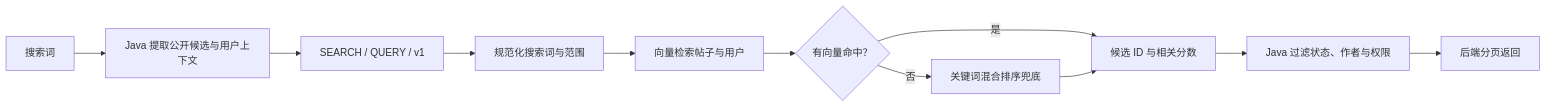
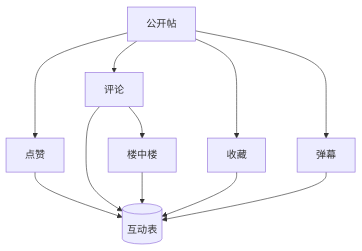
Before and after one commit to pluchon/mengmeng_forum: diagram 11 of 29 in README.md, drawn with Mermaid. The commit also changed other lines of this file and 1616 other files, not shown here.

````diff
--- a/README.md
+++ b/README.md
@@ -415,13 +249,14 @@
 ```mermaid
-flowchart LR
-  Q["搜索词"] --> J["Java 提取公开候选与用户上下文"]
-  J --> G["SEARCH / QUERY / v1"]
-  G --> CLEAN["规范化搜索词与范围"]
-  CLEAN --> VECTOR["向量检索帖子与用户"]
-  VECTOR --> HIT{"有向量命中？"}
-  HIT -->|是| SCORE["候选 ID 与相关分数"]
-  HIT -->|否| KEYWORD["关键词混合排序兜底"]
-  KEYWORD --> SCORE
-  SCORE --> J2["Java 过滤状态、作者与权限"]
-  J2 --> PAGE["后端分页返回"]
+flowchart TB
+  P["公开帖"]
+  P --> L["点赞"]
+  P --> C["评论"]
+  P --> F["收藏"]
+  P --> D["弹幕"]
+  C --> SR["楼中楼"]
+  L --> DB[("互动表")]
+  C --> DB
+  SR --> DB
+  F --> DB
+  D --> DB
 ```
````
